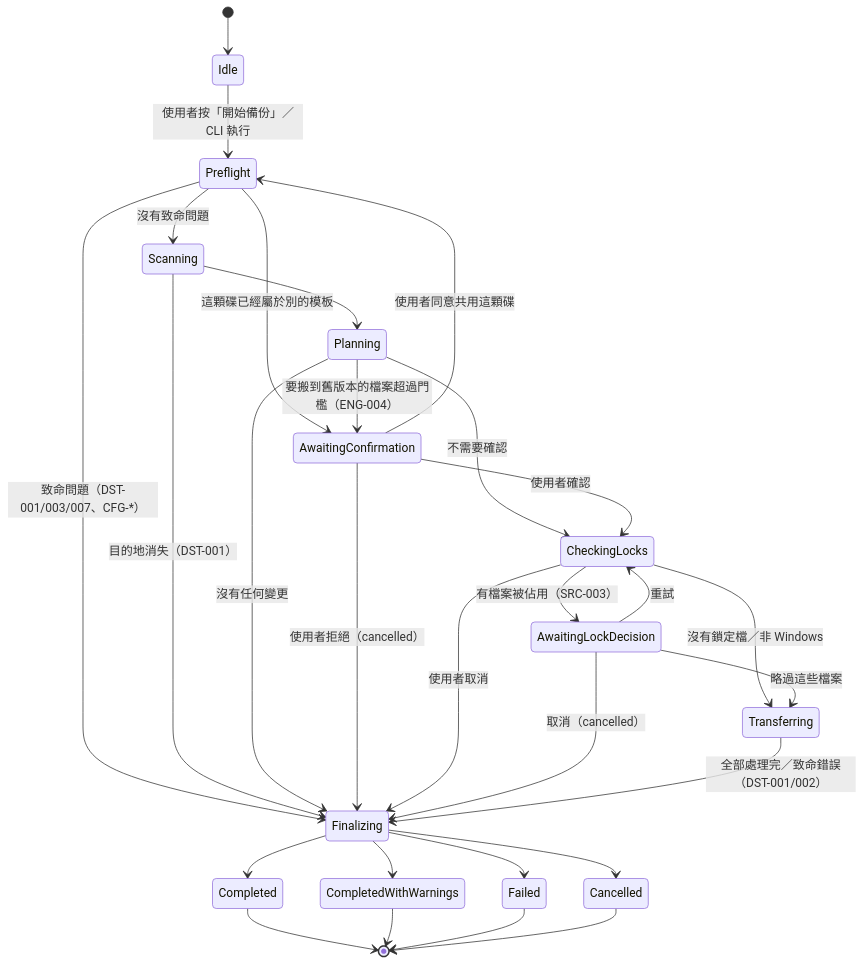
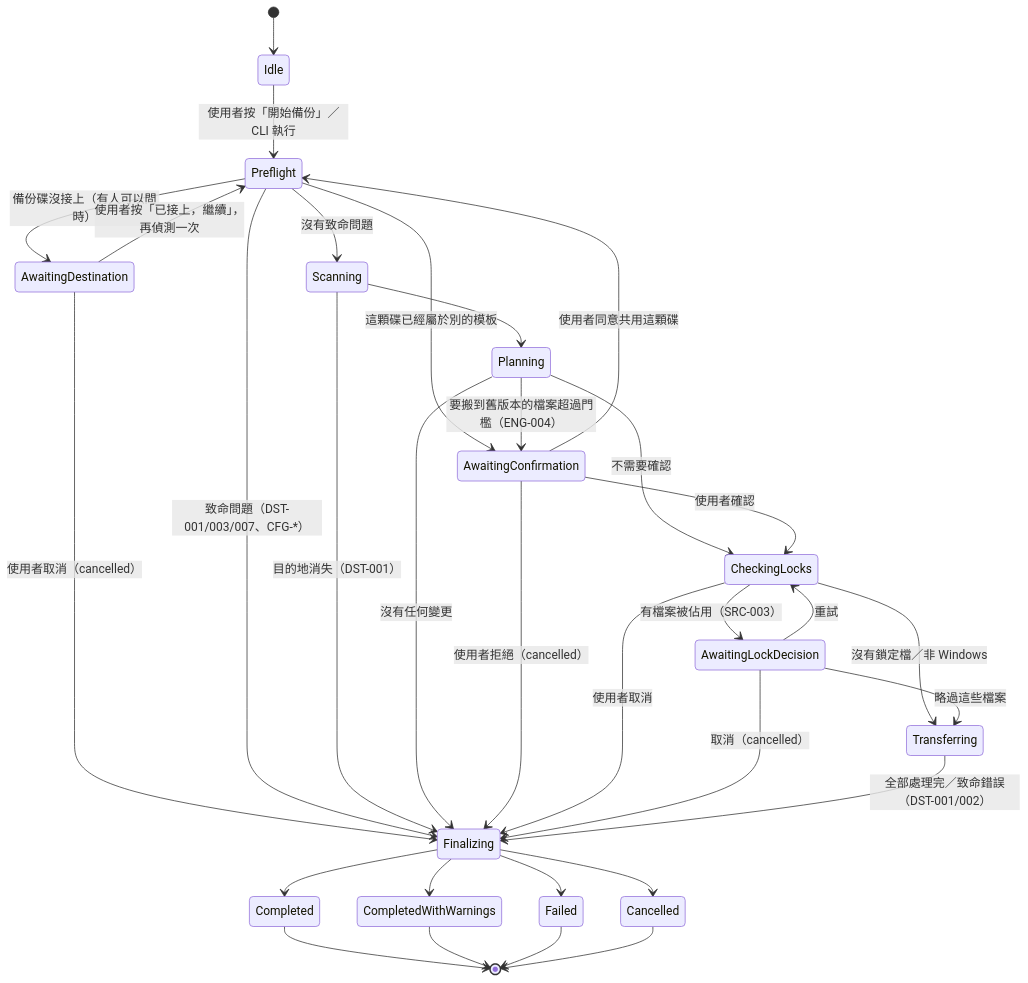
One commit to SpringRain555/nucifraga changed the first of 3 diagrams in docs/architecture/state-machines.md. Above: the diagram before and after it, drawn with Mermaid. The commit also changed other lines of this file and 15 other files, not shown here.

````diff
--- a/docs/architecture/state-machines.md
+++ b/docs/architecture/state-machines.md
@@ -9,32 +9,35 @@
 ```mermaid
 %% name: run-state
 stateDiagram-v2
   [*] --> Idle
   Idle --> Preflight: 使用者按「開始備份」／CLI 執行
+  Preflight --> AwaitingDestination: 備份碟沒接上（有人可以問時）
+  AwaitingDestination --> Preflight: 使用者按「已接上，繼續」，再偵測一次
+  AwaitingDestination --> Finalizing: 使用者取消（cancelled）
   Preflight --> Scanning: 沒有致命問題
   Preflight --> Finalizing: 致命問題（DST-001/003/007、CFG-*）
   Preflight --> AwaitingConfirmation: 這顆碟已經屬於別的模板
   AwaitingConfirmation --> Preflight: 使用者同意共用這顆碟
   Scanning --> Planning
   Scanning --> Finalizing: 目的地消失（DST-001）
   Planning --> Finalizing: 沒有任何變更
   Planning --> AwaitingConfirmation: 要搬到舊版本的檔案超過門檻（ENG-004）
   Planning --> CheckingLocks: 不需要確認
   AwaitingConfirmation --> CheckingLocks: 使用者確認
   AwaitingConfirmation --> Finalizing: 使用者拒絕（cancelled）
   CheckingLocks --> Transferring: 沒有鎖定檔／非 Windows
   CheckingLocks --> AwaitingLockDecision: 有檔案被佔用（SRC-003）
   CheckingLocks --> Finalizing: 使用者取消
   AwaitingLockDecision --> CheckingLocks: 重試
   AwaitingLockDecision --> Transferring: 略過這些檔案
   AwaitingLockDecision --> Finalizing: 取消（cancelled）
   Transferring --> Finalizing: 全部處理完／致命錯誤（DST-001/002）
   Finalizing --> Completed
   Finalizing --> CompletedWithWarnings
   Finalizing --> Failed
   Finalizing --> Cancelled
   Completed --> [*]
   CompletedWithWarnings --> [*]
   Failed --> [*]
   Cancelled --> [*]
 ```
````
